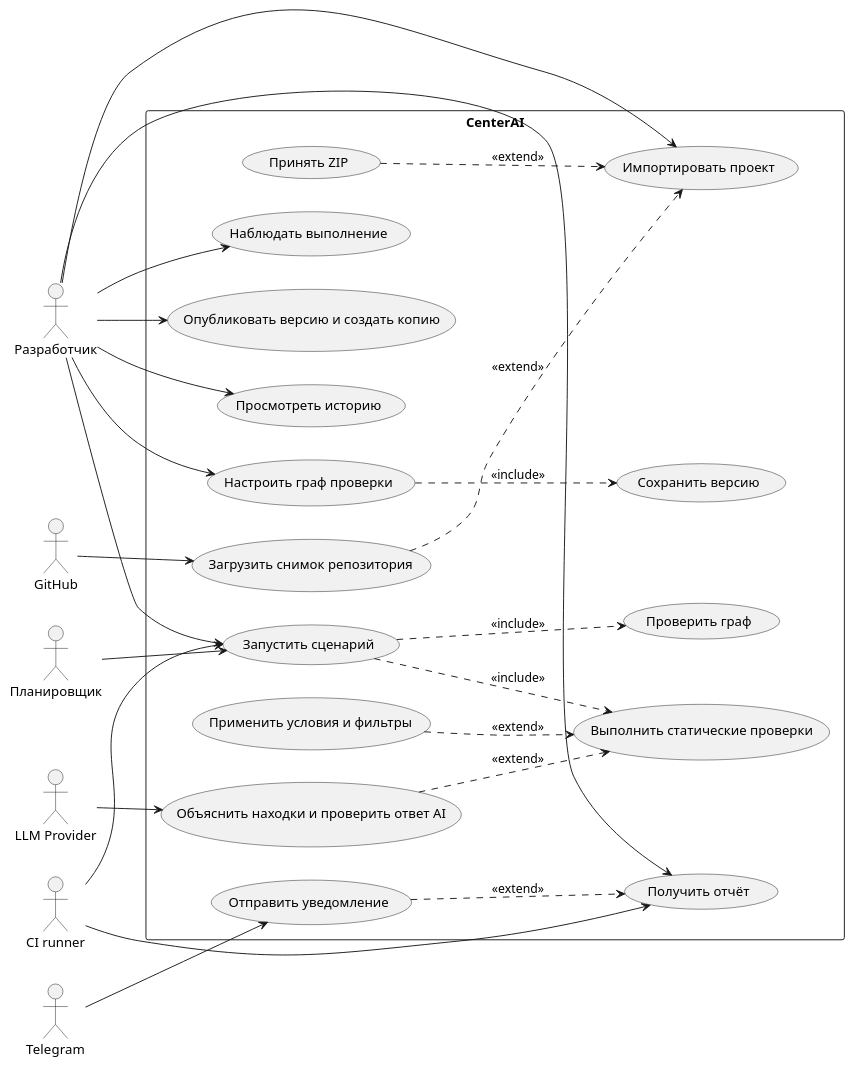
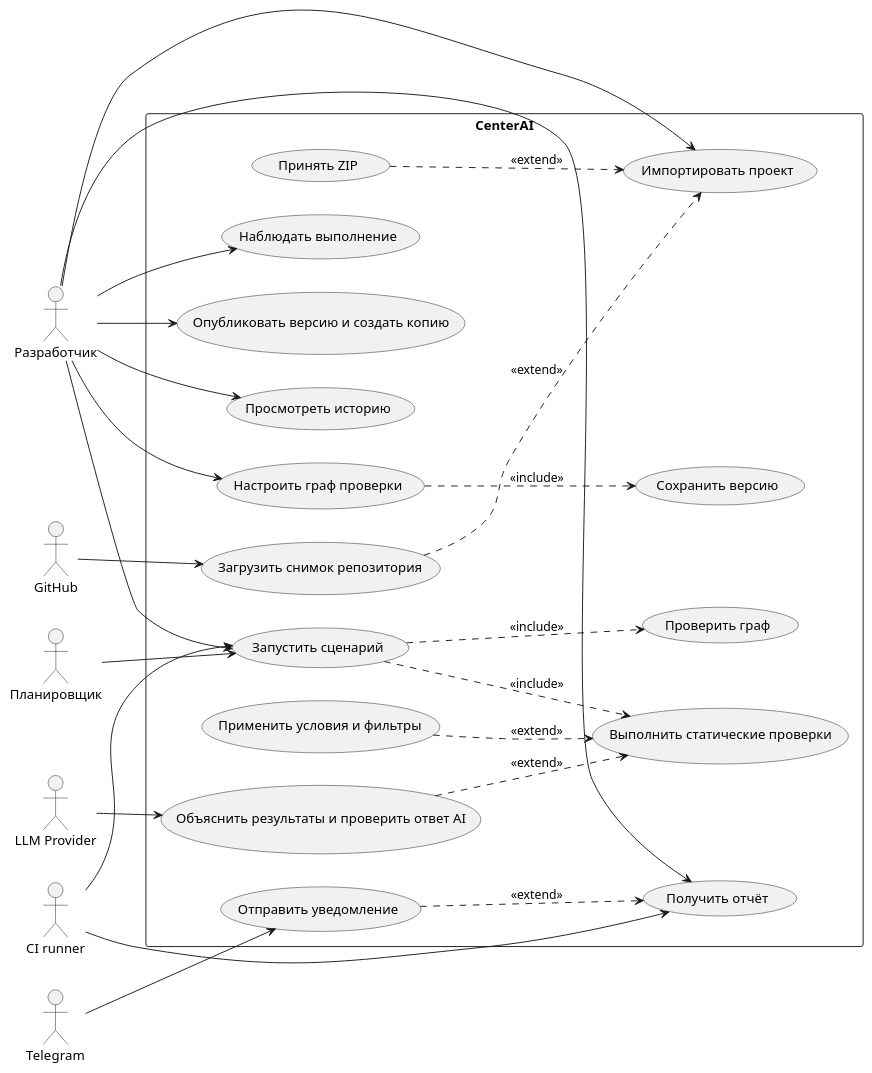
The diagram in docs/use-cases.puml (breadskiy/centerai), drawn with PlantUML before and after one commit. The commit also changed 24 other files, not shown here.

```diff
--- a/docs/use-cases.puml
+++ b/docs/use-cases.puml
@@ -1,47 +1,47 @@
 @startuml
 left to right direction
 actor "Разработчик" as User
 actor "Планировщик" as Timer
 actor "GitHub" as Git
 actor "Telegram" as Chat
 actor "CI runner" as CI
 actor "LLM Provider" as LLM
 rectangle CenterAI {
   usecase "Импортировать проект" as Import
   usecase "Принять ZIP" as Zip
   usecase "Загрузить снимок репозитория" as Repo
   usecase "Настроить граф проверки" as Graph
   usecase "Сохранить версию" as Version
   usecase "Проверить граф" as Validate
   usecase "Запустить сценарий" as Run
   usecase "Выполнить статические проверки" as Analyze
-  usecase "Объяснить находки и проверить ответ AI" as Explain
+  usecase "Объяснить результаты и проверить ответ AI" as Explain
   usecase "Применить условия и фильтры" as Logic
   usecase "Наблюдать выполнение" as Monitor
   usecase "Получить отчёт" as Report
   usecase "Отправить уведомление" as Notify
   usecase "Опубликовать версию и создать копию" as Templates
   usecase "Просмотреть историю" as History
 }
 User --> Import
 Zip ..> Import : <<extend>>
 Repo ..> Import : <<extend>>
 Git --> Repo
 User --> Graph
 Graph ..> Version : <<include>>
 User --> Run
 Timer --> Run
 Run ..> Validate : <<include>>
 Run ..> Analyze : <<include>>
 Logic ..> Analyze : <<extend>>
 Explain ..> Analyze : <<extend>>
 LLM --> Explain
 User --> Monitor
 User --> Report
 User --> History
 User --> Templates
 CI --> Run
 CI --> Report
 Notify ..> Report : <<extend>>
 Chat --> Notify
 @enduml
```
